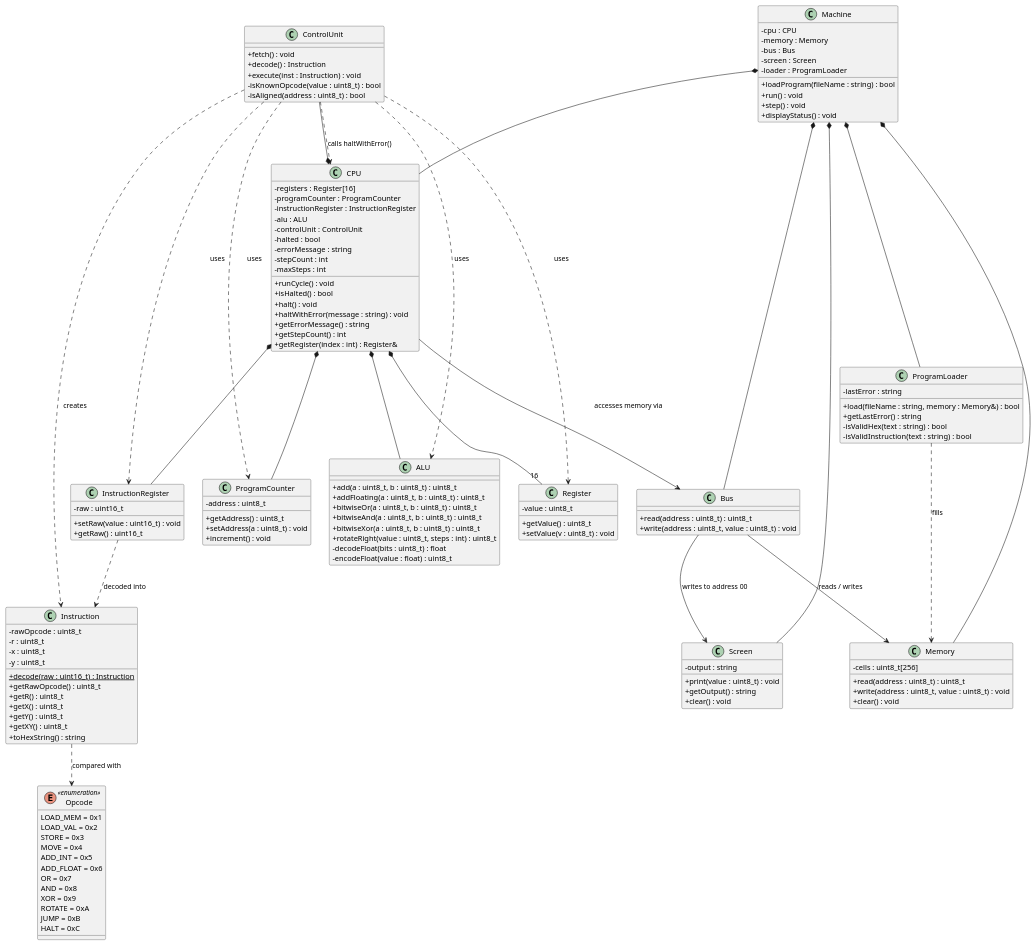
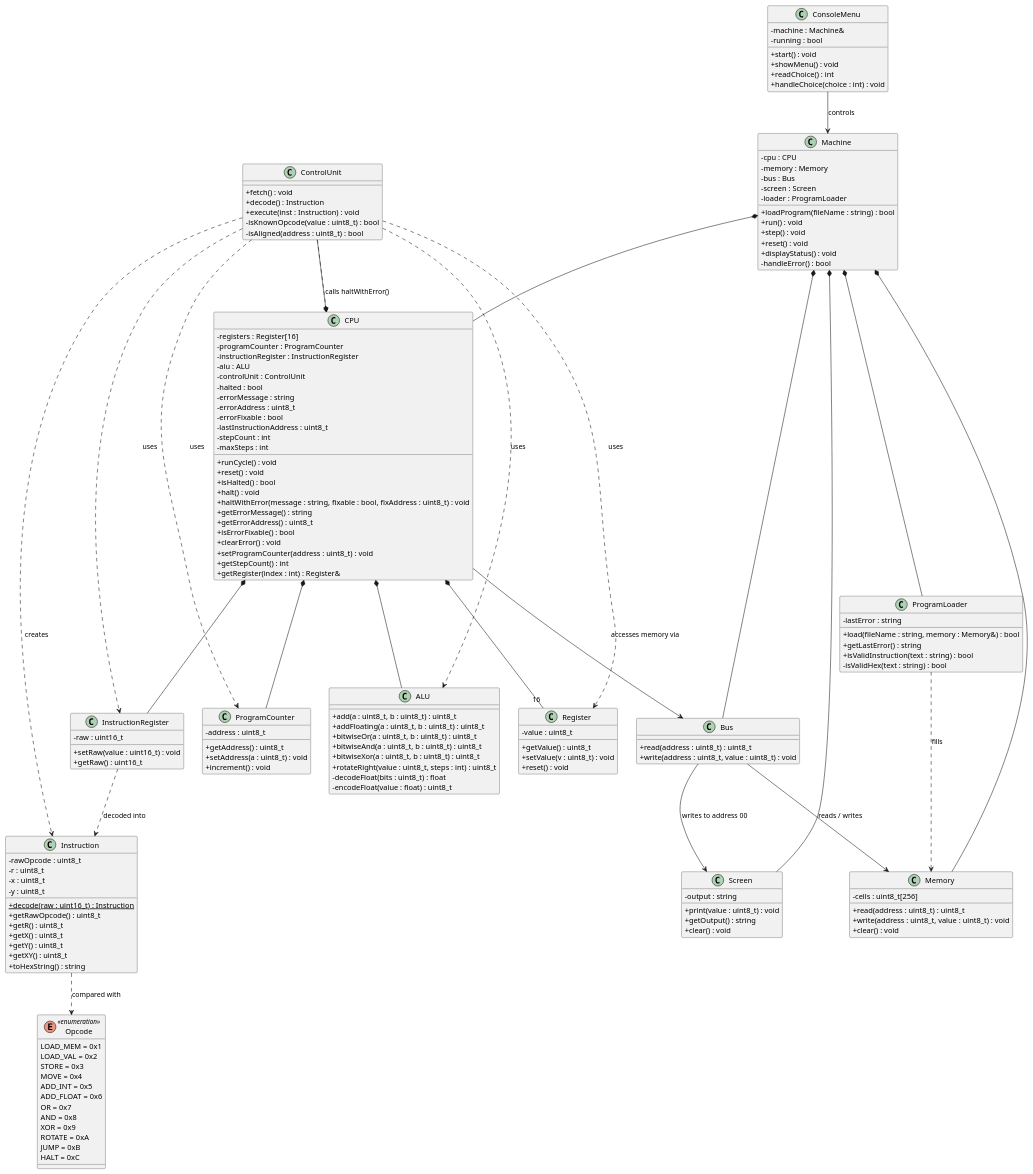
The diagram in Nabil.puml (Muhammad-Ahmed-Noureldin/Virtual-Machine-Simulator), drawn with PlantUML before and after one commit.

Commit message:
New UML Created by Nabil

```diff
--- a/Nabil.puml
+++ b/Nabil.puml
@@ -1,154 +1,176 @@
 @startuml
 skinparam classAttributeIconSize 0
 
 enum Opcode <<enumeration>> {
   LOAD_MEM = 0x1
   LOAD_VAL = 0x2
   STORE = 0x3
   MOVE = 0x4
   ADD_INT = 0x5
   ADD_FLOAT = 0x6
   OR = 0x7
   AND = 0x8
   XOR = 0x9
   ROTATE = 0xA
   JUMP = 0xB
   HALT = 0xC
 }
 
+class ConsoleMenu {
+  - machine : Machine&
+  - running : bool
+  + start() : void
+  + showMenu() : void
+  + readChoice() : int
+  + handleChoice(choice : int) : void
+}
+
 class Machine {
   - cpu : CPU
   - memory : Memory
   - bus : Bus
   - screen : Screen
   - loader : ProgramLoader
   + loadProgram(fileName : string) : bool
   + run() : void
   + step() : void
+  + reset() : void
   + displayStatus() : void
+  - handleError() : bool
 }
 
 class CPU {
   - registers : Register[16]
   - programCounter : ProgramCounter
   - instructionRegister : InstructionRegister
   - alu : ALU
   - controlUnit : ControlUnit
   - halted : bool
   - errorMessage : string
+  - errorAddress : uint8_t
+  - errorFixable : bool
+  - lastInstructionAddress : uint8_t
   - stepCount : int
   - maxSteps : int
   + runCycle() : void
+  + reset() : void
   + isHalted() : bool
   + halt() : void
-  + haltWithError(message : string) : void
+  + haltWithError(message : string, fixable : bool, fixAddress : uint8_t) : void
   + getErrorMessage() : string
+  + getErrorAddress() : uint8_t
+  + isErrorFixable() : bool
+  + clearError() : void
+  + setProgramCounter(address : uint8_t) : void
   + getStepCount() : int
   + getRegister(index : int) : Register&
 }
 
 class ControlUnit {
   + fetch() : void
   + decode() : Instruction
   + execute(inst : Instruction) : void
   - isKnownOpcode(value : uint8_t) : bool
   - isAligned(address : uint8_t) : bool
 }
 
 class ALU {
   + add(a : uint8_t, b : uint8_t) : uint8_t
   + addFloating(a : uint8_t, b : uint8_t) : uint8_t
   + bitwiseOr(a : uint8_t, b : uint8_t) : uint8_t
   + bitwiseAnd(a : uint8_t, b : uint8_t) : uint8_t
   + bitwiseXor(a : uint8_t, b : uint8_t) : uint8_t
   + rotateRight(value : uint8_t, steps : int) : uint8_t
   - decodeFloat(bits : uint8_t) : float
   - encodeFloat(value : float) : uint8_t
 }
 
 class Register {
   - value : uint8_t
   + getValue() : uint8_t
   + setValue(v : uint8_t) : void
+  + reset() : void
 }
 
 class ProgramCounter {
   - address : uint8_t
   + getAddress() : uint8_t
   + setAddress(a : uint8_t) : void
   + increment() : void
 }
 
 class Instruction {
   - rawOpcode : uint8_t
   - r : uint8_t
   - x : uint8_t
   - y : uint8_t
   + {static} decode(raw : uint16_t) : Instruction
   + getRawOpcode() : uint8_t
   + getR() : uint8_t
   + getX() : uint8_t
   + getY() : uint8_t
   + getXY() : uint8_t
   + toHexString() : string
 }
 
 class InstructionRegister {
   - raw : uint16_t
   + setRaw(value : uint16_t) : void
   + getRaw() : uint16_t
 }
 
 class Memory {
   - cells : uint8_t[256]
   + read(address : uint8_t) : uint8_t
   + write(address : uint8_t, value : uint8_t) : void
   + clear() : void
 }
 
 class Bus {
   + read(address : uint8_t) : uint8_t
   + write(address : uint8_t, value : uint8_t) : void
 }
 
 class Screen {
   - output : string
   + print(value : uint8_t) : void
   + getOutput() : string
   + clear() : void
 }
 
 class ProgramLoader {
   - lastError : string
   + load(fileName : string, memory : Memory&) : bool
   + getLastError() : string
+  + isValidInstruction(text : string) : bool
   - isValidHex(text : string) : bool
-  - isValidInstruction(text : string) : bool
 }
+
+ConsoleMenu --> Machine : controls
 
 Machine *-- CPU
 Machine *-- Memory
 Machine *-- Bus
 Machine *-- Screen
 Machine *-- ProgramLoader
 
 CPU *-- "16" Register
 CPU *-- ProgramCounter
 CPU *-- InstructionRegister
 CPU *-- ALU
 CPU *-- ControlUnit
 
 ControlUnit ..> ProgramCounter : uses
 ControlUnit ..> InstructionRegister : uses
 ControlUnit ..> ALU : uses
 ControlUnit ..> Register : uses
 ControlUnit ..> Instruction : creates
 ControlUnit ..> CPU : calls haltWithError()
 Instruction ..> Opcode : compared with
 InstructionRegister ..> Instruction : decoded into
 
 CPU --> Bus : accesses memory via
 Bus --> Memory : reads / writes
 Bus --> Screen : writes to address 00
 ProgramLoader ..> Memory : fills
 @enduml
```
